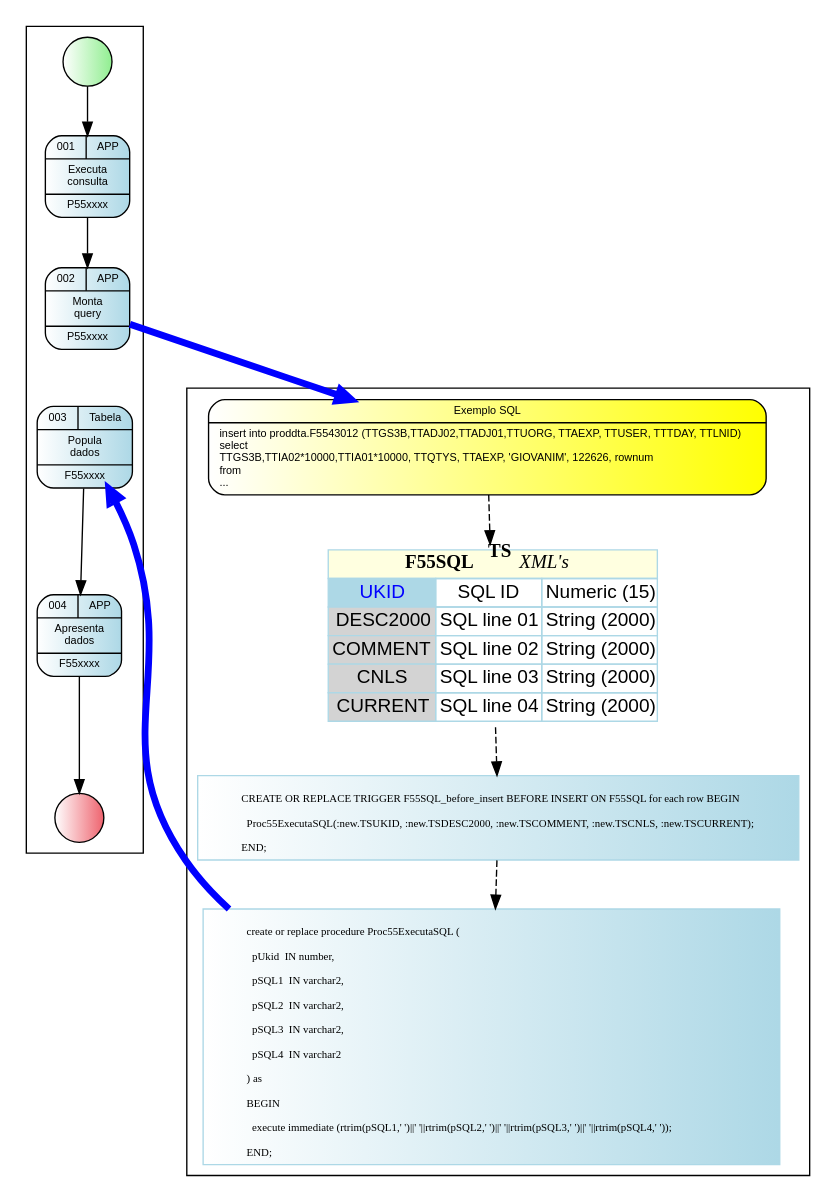
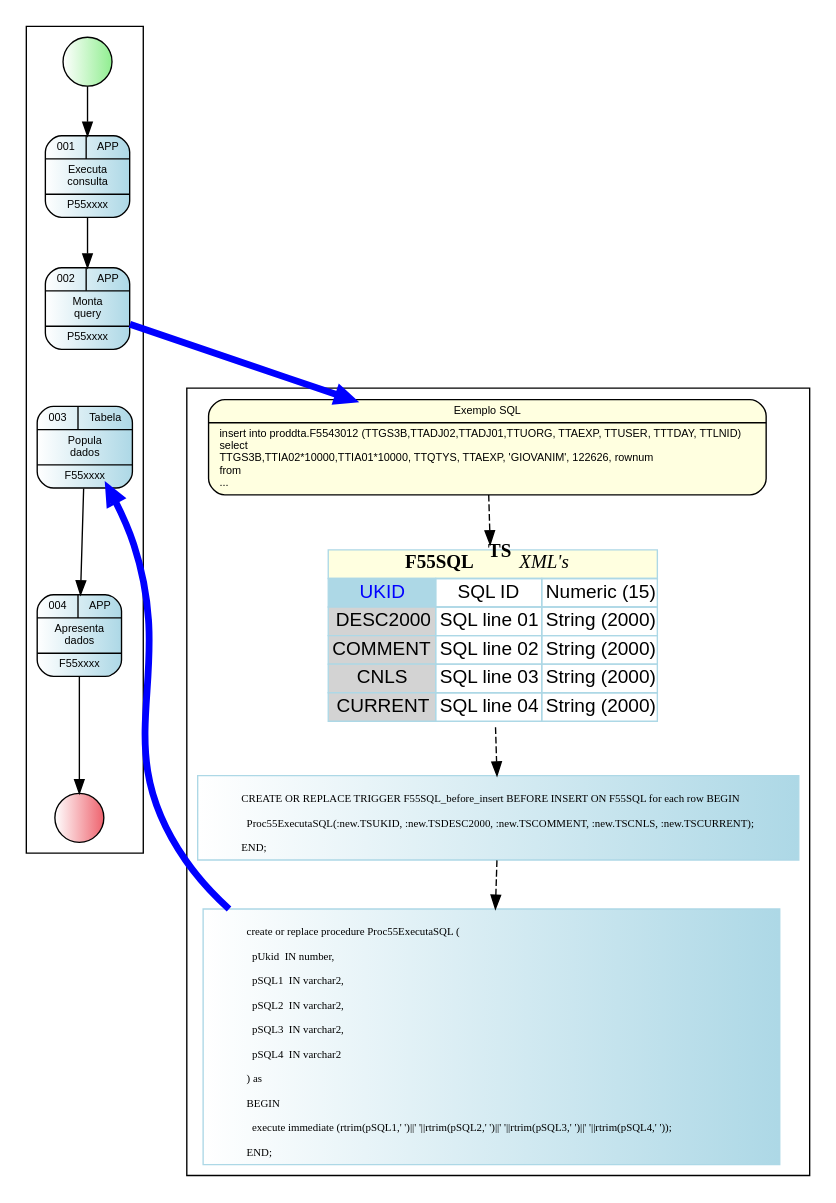
Before and after one commit to GiovaniPM/Graphs: the diagram in Projeto Indicadores.gv, drawn with Graphviz.

Commit message:
giova(DESKTOP-PG18CKU) 200325103256

```diff
--- a/Projeto Indicadores.gv
+++ b/Projeto Indicadores.gv
@@ -1,136 +1,136 @@
 digraph H {
 
   compound=COMPOUND
 
   subgraph cluster_A{
 
     node005 [
       fontname = "Arial",
       fontsize = 8,
       shape=record,
       style="rounded,filled",
-      fillcolor="white:yellow"
+      fillcolor="lightyellow"
       label="{Exemplo SQL|
                insert into proddta.F5543012 (TTGS3B,TTADJ02,TTADJ01,TTUORG, TTAEXP, TTUSER, TTTDAY, TTLNID)\l
                select\l
                  TTGS3B,TTIA02*10000,TTIA01*10000, TTQTYS, TTAEXP, 'GIOVANIM', 122626, rownum\l
                from\l
                ...\l
         }"
     ]
 
     tabela01 [
       shape=none
       label=<
         <table border='0' cellborder='1' color='lightblue' cellspacing='0'>
           <tr><td colspan="3" bgcolor="lightyellow"><b>F55SQL<sup>TS</sup></b> <i>XML's</i></td></tr>
           <tr><td port='col01' bgcolor="lightblue"><font face="arial" color="blue" >UKID</font></td><td><font face="arial">SQL ID</font></td><td><font face="arial">Numeric (15)</font></td></tr>
           <tr><td port='col02' bgcolor="lightgray"><font face="arial" color="black">DESC2000</font></td><td><font face="arial">SQL line 01</font></td><td><font face="arial">String (2000)</font></td></tr>
           <tr><td port='col03' bgcolor="lightgray"><font face="arial" color="black">COMMENT</font></td><td><font face="arial">SQL line 02</font></td><td><font face="arial">String (2000)</font></td></tr>
           <tr><td port='col04' bgcolor="lightgray"><font face="arial" color="black">CNLS</font></td><td><font face="arial">SQL line 03</font></td><td><font face="arial">String (2000)</font></td></tr>
           <tr><td port='col05' bgcolor="lightgray"><font face="arial" color="black">CURRENT</font></td><td><font face="arial">SQL line 04</font></td><td><font face="arial">String (2000)</font></td></tr>
         </table>
     >];
 
     proc001 [
       fontname = "Courrier",
       fontsize = 8,
       shape=boxe,
       style="filled",
       color=lightblue,
       fillcolor="white:lightblue"
       label="
              create or replace procedure Proc55ExecutaSQL (\l
                pUkid  IN number,\l
                pSQL1  IN varchar2,\l
                pSQL2  IN varchar2,\l
                pSQL3  IN varchar2,\l
                pSQL4  IN varchar2\l
              ) as\l
              BEGIN\l
                execute immediate (rtrim(pSQL1,' ')||' '||rtrim(pSQL2,' ')||' '||rtrim(pSQL3,' ')||' '||rtrim(pSQL4,' '));\l
              END;\l"
     ]
 
     trig001 [
       fontname = "Courrier",
       fontsize = 8,
       shape=boxe,
       style="filled",
       color=lightblue,
       fillcolor="white:lightblue"
       label="
              CREATE OR REPLACE TRIGGER F55SQL_before_insert BEFORE INSERT ON F55SQL for each row BEGIN\l
                Proc55ExecutaSQL(:new.TSUKID, :new.TSDESC2000, :new.TSCOMMENT, :new.TSCNLS, :new.TSCURRENT);\l
              END;\l"
     ]
 
     tabela01 -> trig001 [ style=dashed ]
     trig001 -> proc001 [ style=dashed ]
     node005 -> tabela01 [style="dashed"]
 
   }
 
   subgraph cluster_B{
 
     nodeini [
       shape=circle,
       style="filled",
       fillcolor="white:lightgreen",
       label=""
     ]
 
     nodefin [
       shape=circle,
       style="filled",
       fillcolor="white:#ee636e",
       label=""
     ]
 
     node001 [
       fontname = "Arial",
       fontsize = 8,
       shape=record,
       style="rounded,filled",
       fillcolor="white:lightblue"
       label="{{001|APP}|Executa\nconsulta|P55xxxx}"
     ]
 
     node002 [
       fontname = "Arial",
       fontsize = 8,
       shape=record,
       style="rounded,filled",
       fillcolor="white:lightblue"
       label="{{002|APP}|Monta\nquery|P55xxxx}"
     ]
 
     node003 [
       fontname = "Arial",
       fontsize = 8,
       shape=record,
       style="rounded,filled",
       fillcolor="white:lightblue"
       label="{{003|Tabela}|Popula\ndados|F55xxxx}"
     ]
 
     node004 [
       fontname = "Arial",
       fontsize = 8,
       shape=record,
       style="rounded,filled",
       fillcolor="white:lightblue"
       label="{{004|APP}|Apresenta\ndados|F55xxxx}"
     ]
 
     nodeini -> node001
     node001 -> node002
     node002 -> node003 [style="invis"]
     node003 -> node004
     node004 -> nodefin
 
   }
 
   proc001 -> node003 [color=blue penwidth=5]
   node002 -> node005 [color=blue penwidth=5]
 }
```
